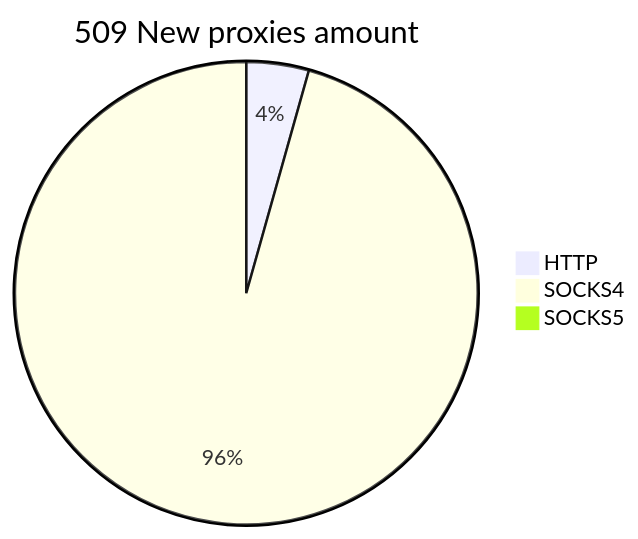
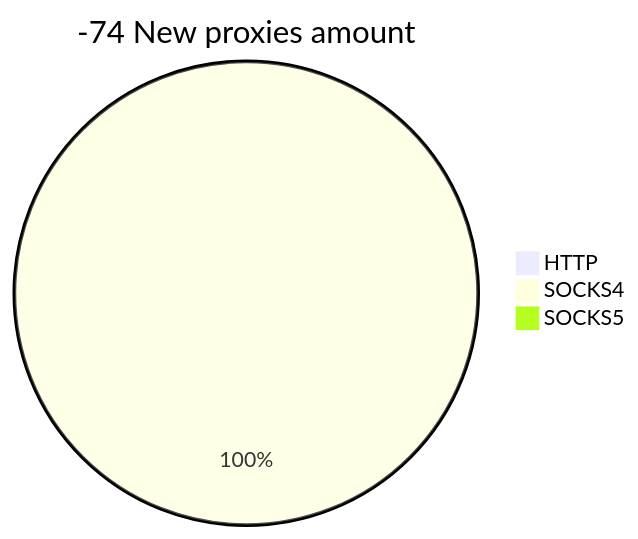
Before and after one commit to cutipu/proxylist: the second of 2 diagrams in README.md, drawn with Mermaid. The commit also changed other lines of this file, not shown here.

````diff
--- a/README.md
+++ b/README.md
@@ -10,6 +10,6 @@
 ```mermaid
-pie title 509 New proxies amount
-    "HTTP" : 26
-    "SOCKS4" : 570
+pie title -74 New proxies amount
+    "HTTP" : 0
+    "SOCKS4" : 1
     "SOCKS5" : 0
 ```
````
